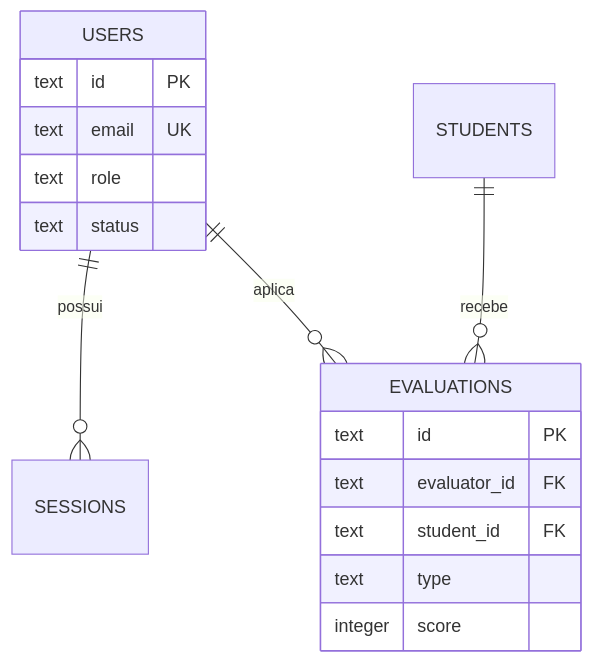
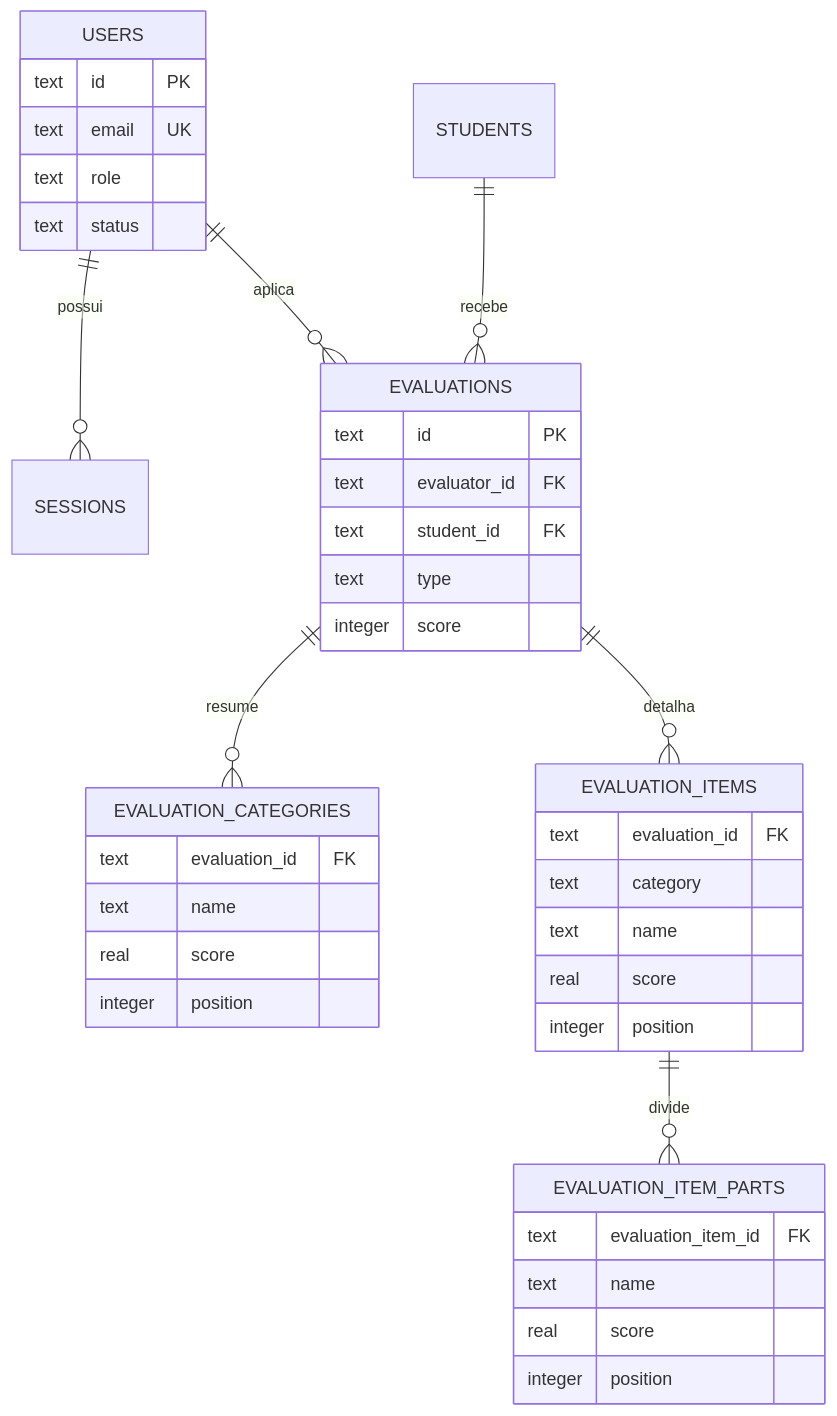
Before and after one commit to ArthurViniNunes/judo-exam-platform: the fourth of 4 diagrams in docs/architecture/README.md, drawn with Mermaid. The commit also changed other lines of this file and 10 other files, not shown here.

````diff
--- a/docs/architecture/README.md
+++ b/docs/architecture/README.md
@@ -100,20 +101,42 @@
 ```mermaid
 erDiagram
   USERS ||--o{ SESSIONS : possui
   USERS ||--o{ EVALUATIONS : aplica
   STUDENTS ||--o{ EVALUATIONS : recebe
+  EVALUATIONS ||--o{ EVALUATION_CATEGORIES : resume
+  EVALUATIONS ||--o{ EVALUATION_ITEMS : detalha
+  EVALUATION_ITEMS ||--o{ EVALUATION_ITEM_PARTS : divide
 
   USERS {
     text id PK
     text email UK
     text role
     text status
   }
   EVALUATIONS {
     text id PK
     text evaluator_id FK
     text student_id FK
     text type
     integer score
   }
+  EVALUATION_CATEGORIES {
+    text evaluation_id FK
+    text name
+    real score
+    integer position
+  }
+  EVALUATION_ITEMS {
+    text evaluation_id FK
+    text category
+    text name
+    real score
+    integer position
+  }
+  EVALUATION_ITEM_PARTS {
+    text evaluation_item_id FK
+    text name
+    real score
+    integer position
+  }
 ```
````
